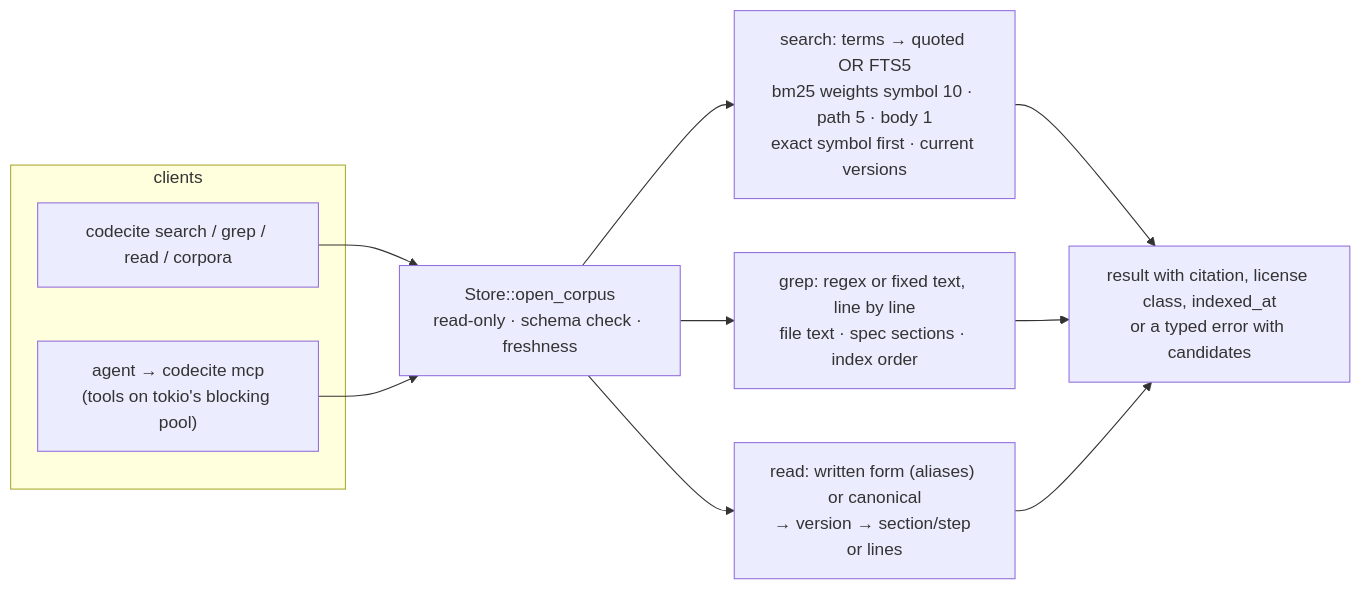
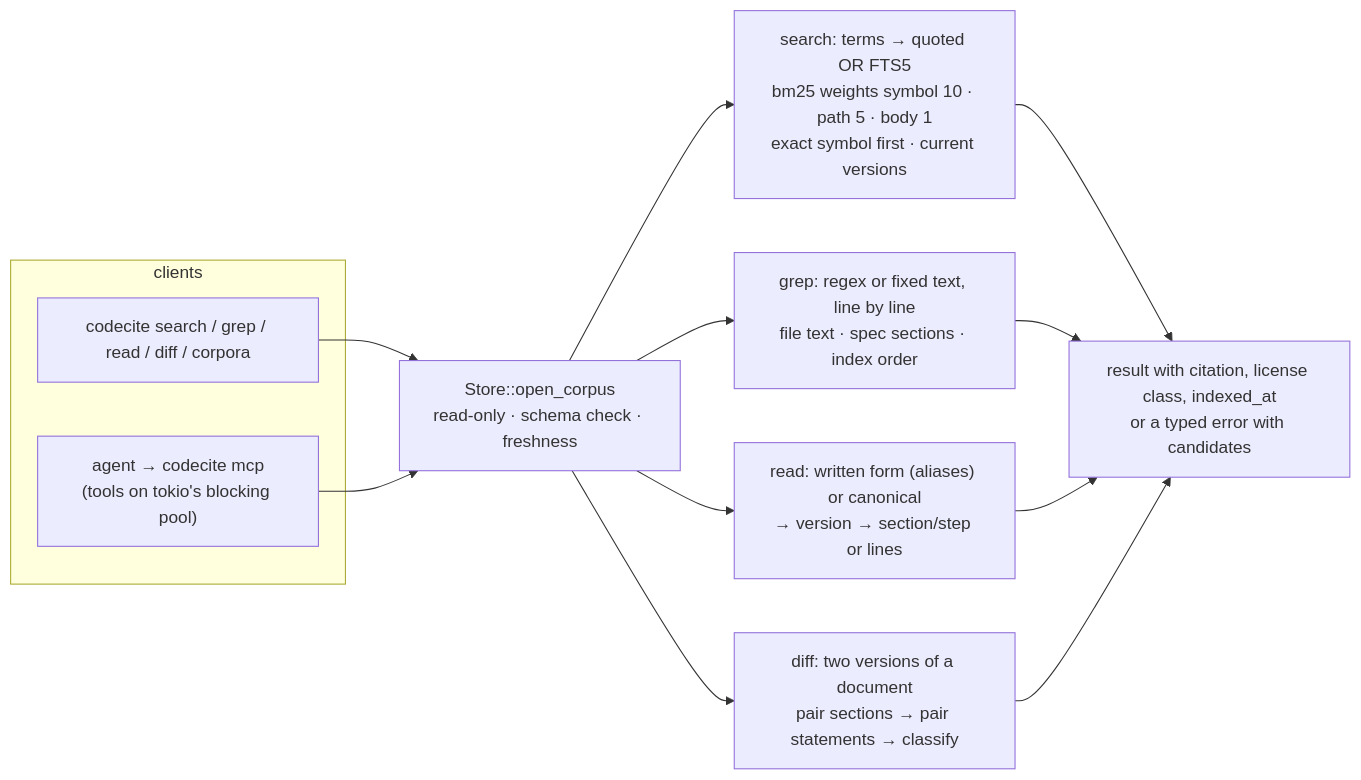
One commit to jamescrowley321/codecite changed the fourth of 5 diagrams in docs/design.md. Above: the diagram before and after it, drawn with Mermaid. The commit also changed other lines of this file and 3 other files, not shown here.

````diff
--- a/docs/design.md
+++ b/docs/design.md
@@ -113,12 +113,13 @@
 ```mermaid
 flowchart LR
   subgraph clients
-    cli["codecite search / grep / read / corpora"]
+    cli["codecite search / grep / read / diff / corpora"]
     agent["agent → codecite mcp<br/>(tools on tokio's blocking pool)"]
   end
   cli & agent --> open["Store::open_corpus<br/>read-only · schema check · freshness"]
   open --> search["search: terms → quoted OR FTS5<br/>bm25 weights symbol 10 · path 5 · body 1<br/>exact symbol first · current versions"]
   open --> grep["grep: regex or fixed text, line by line<br/>file text · spec sections · index order"]
   open --> read["read: written form (aliases) or canonical<br/>→ version → section/step or lines"]
-  search & grep & read --> out["result with citation, license class, indexed_at<br/>or a typed error with candidates"]
+  open --> diff["diff: two versions of a document<br/>pair sections → pair statements → classify"]
+  search & grep & read & diff --> out["result with citation, license class, indexed_at<br/>or a typed error with candidates"]
 ```
````
